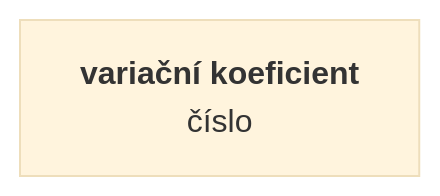
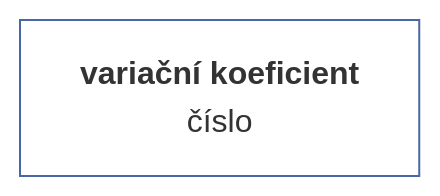
One commit to muzikp/retusa changed diagram 13 of 23 in docs/cs-CZ/vector.md. Above: the diagram before and after it, drawn with Mermaid (base theme). The commit also changed other lines of this file and 17 other files, not shown here.

````diff
--- a/docs/cs-CZ/vector.md
+++ b/docs/cs-CZ/vector.md
@@ -343,4 +379,7 @@
 ```mermaid
 graph TD
-A[<b>variační koeficient<br></b>číslo]
+varc[<b>variační koeficient<br></b>číslo]
+style varc fill:#FFFFFF;
+style varc stroke:#4967A4;
+
 ```
````
